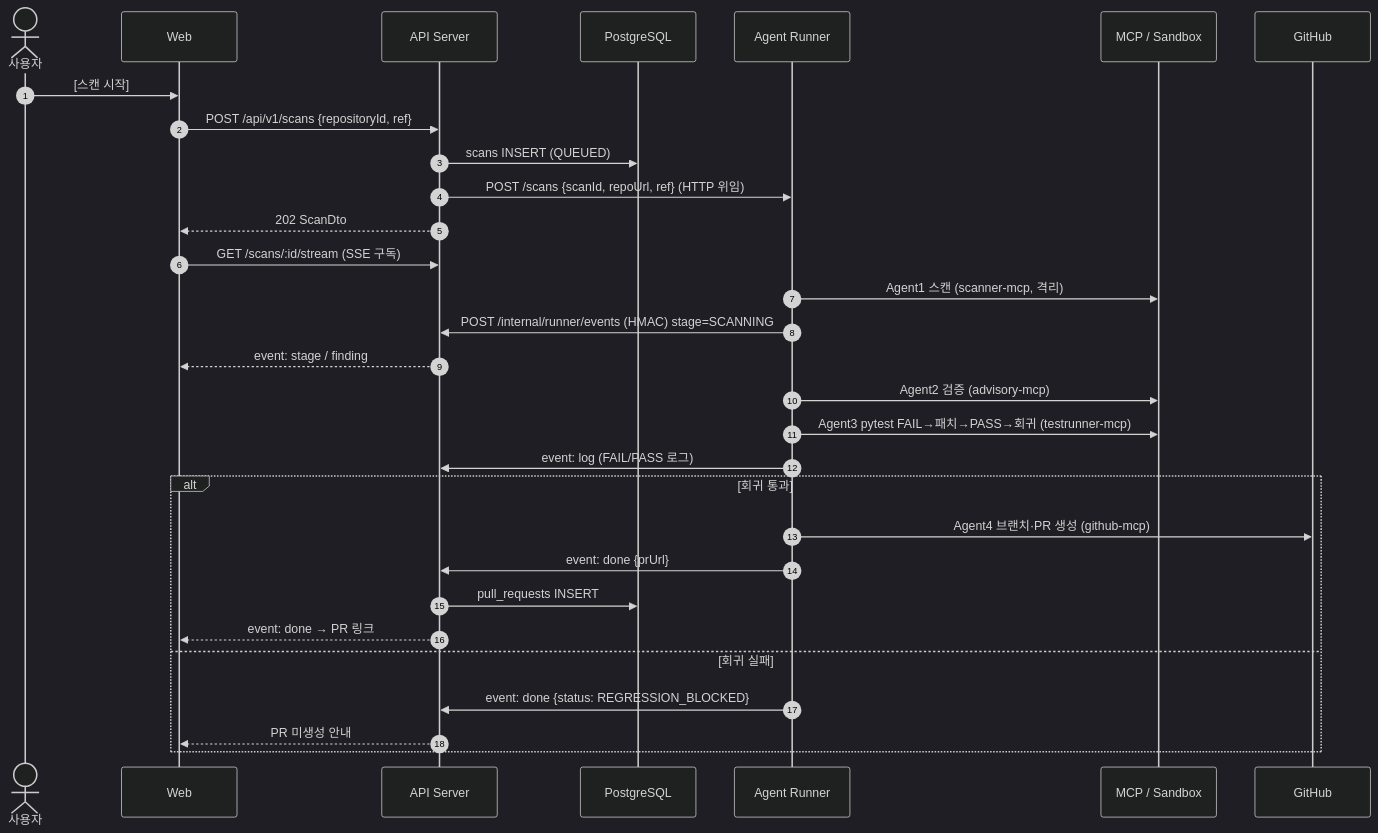
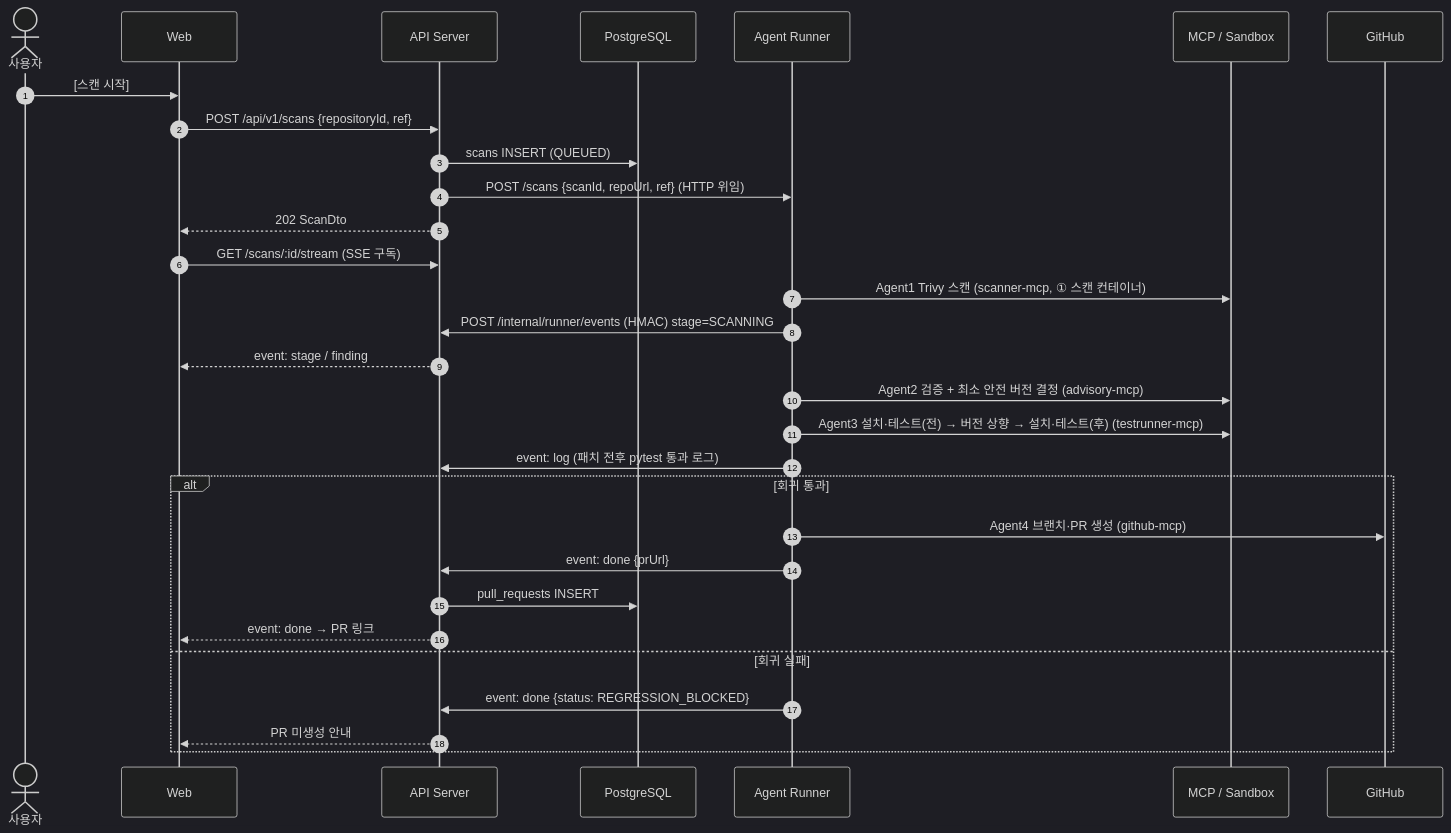
The sixth of 10 diagrams in DOCS/VibeGuard_Architecture.md (peachoath/vibeguard), drawn with Mermaid (dark theme) before and after one commit. The commit also changed other lines of this file and 7 other files, not shown here.

````diff
--- a/DOCS/VibeGuard_Architecture.md
+++ b/DOCS/VibeGuard_Architecture.md
@@ -189,36 +197,36 @@
 ```mermaid
 sequenceDiagram
     autonumber
     actor U as 사용자
     participant FE as Web
     participant API as API Server
     participant DB as PostgreSQL
     participant R as Agent Runner
     participant M as MCP / Sandbox
     participant GH as GitHub
 
     U->>FE: [스캔 시작]
     FE->>API: POST /api/v1/scans {repositoryId, ref}
     API->>DB: scans INSERT (QUEUED)
     API->>R: POST /scans {scanId, repoUrl, ref} (HTTP 위임)
     API-->>FE: 202 ScanDto
     FE->>API: GET /scans/:id/stream (SSE 구독)
 
-    R->>M: Agent1 스캔 (scanner-mcp, 격리)
+    R->>M: Agent1 Trivy 스캔 (scanner-mcp, ① 스캔 컨테이너)
     R->>API: POST /internal/runner/events (HMAC) stage=SCANNING
     API-->>FE: event: stage / finding
 
-    R->>M: Agent2 검증 (advisory-mcp)
-    R->>M: Agent3 pytest FAIL→패치→PASS→회귀 (testrunner-mcp)
-    R->>API: event: log (FAIL/PASS 로그)
+    R->>M: Agent2 검증 + 최소 안전 버전 결정 (advisory-mcp)
+    R->>M: Agent3 설치·테스트(전) → 버전 상향 → 설치·테스트(후) (testrunner-mcp)
+    R->>API: event: log (패치 전후 pytest 통과 로그)
 
     alt 회귀 통과
         R->>GH: Agent4 브랜치·PR 생성 (github-mcp)
         R->>API: event: done {prUrl}
         API->>DB: pull_requests INSERT
         API-->>FE: event: done → PR 링크
     else 회귀 실패
         R->>API: event: done {status: REGRESSION_BLOCKED}
         API-->>FE: PR 미생성 안내
     end
 ```
````
